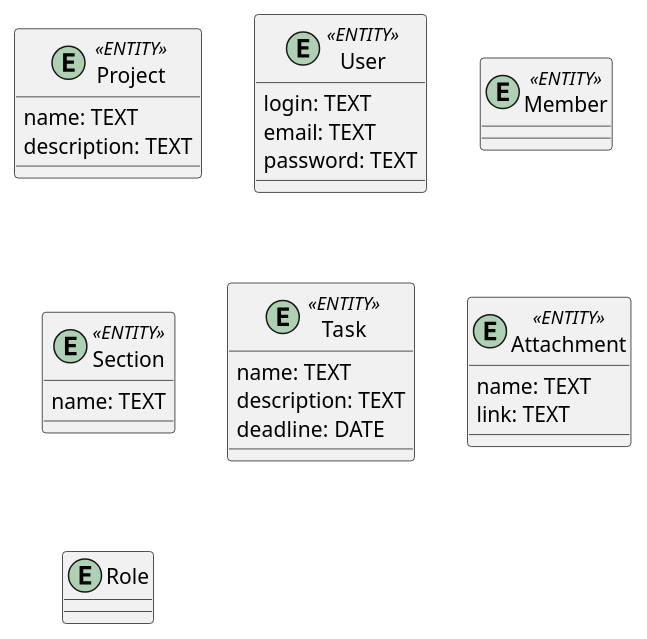
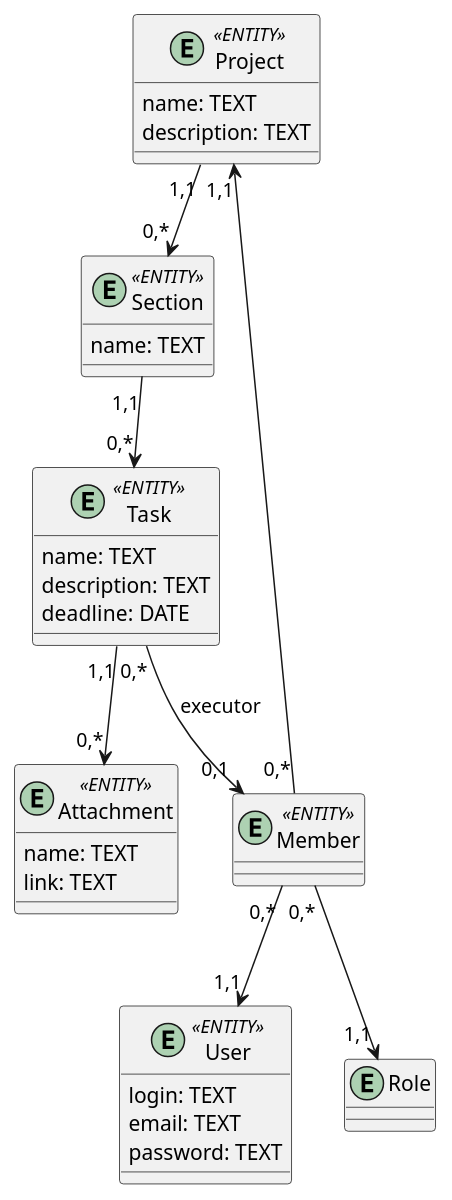
One commit to boldak/edu-db-cw changed the second of 2 diagrams in docs/design/README.md. Above: the diagram before and after it, drawn with PlantUML.

Commit message:
added connections to ER-model

```diff
--- a/docs/design/README.md
+++ b/docs/design/README.md
@@ -85,36 +85,46 @@
 @startuml
 
     entity Project <<ENTITY>> {
       name: TEXT
       description: TEXT
     }
 
     entity User <<ENTITY>> {
         login: TEXT
         email: TEXT
         password: TEXT
     }
 
     entity Member <<ENTITY>> { 
     }
 
     entity Section <<ENTITY>> {
         name: TEXT
     }
     
     entity Task <<ENTITY>> {
         name: TEXT
         description: TEXT
         deadline: DATE
     }
     
     entity Attachment <<ENTITY>> {
         name: TEXT
         link: TEXT
     }
 
     entity Role {
-
     }
 
+    Member "0,*" --> "1,1" Project
+    Member "0,*" --> "1,1" Role
+    Member "0,*" --> "1,1" User
+
+    Task "0,*" --> "0,1" Member : executor
+
+    Project "1,1" --> "0,*" Section
+    Section "1,1" --> "0,*" Task
+    Task "1,1" --> "0,*" Attachment
+
+
 @enduml
```
